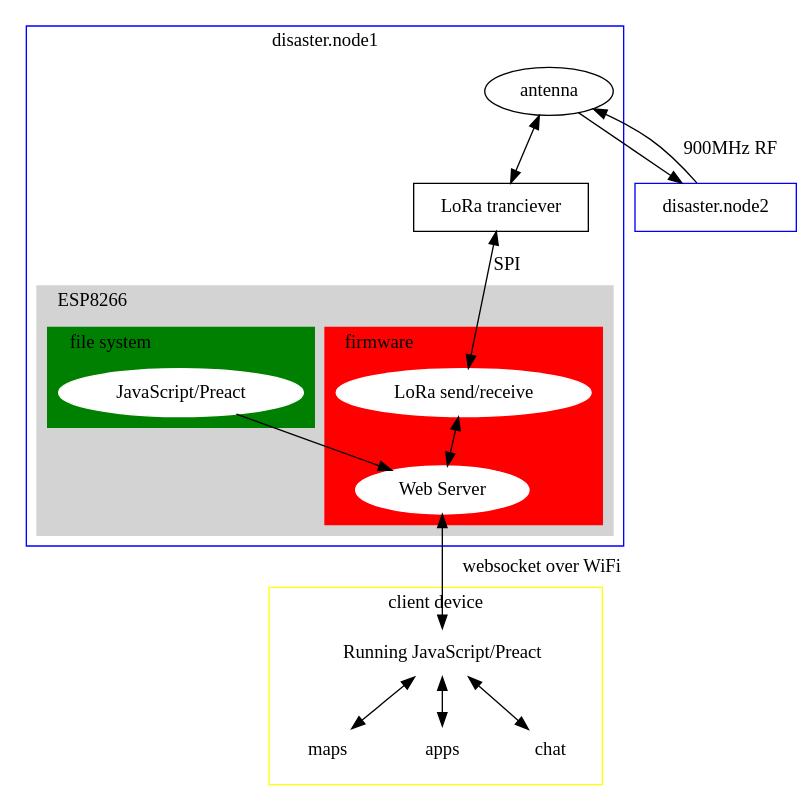
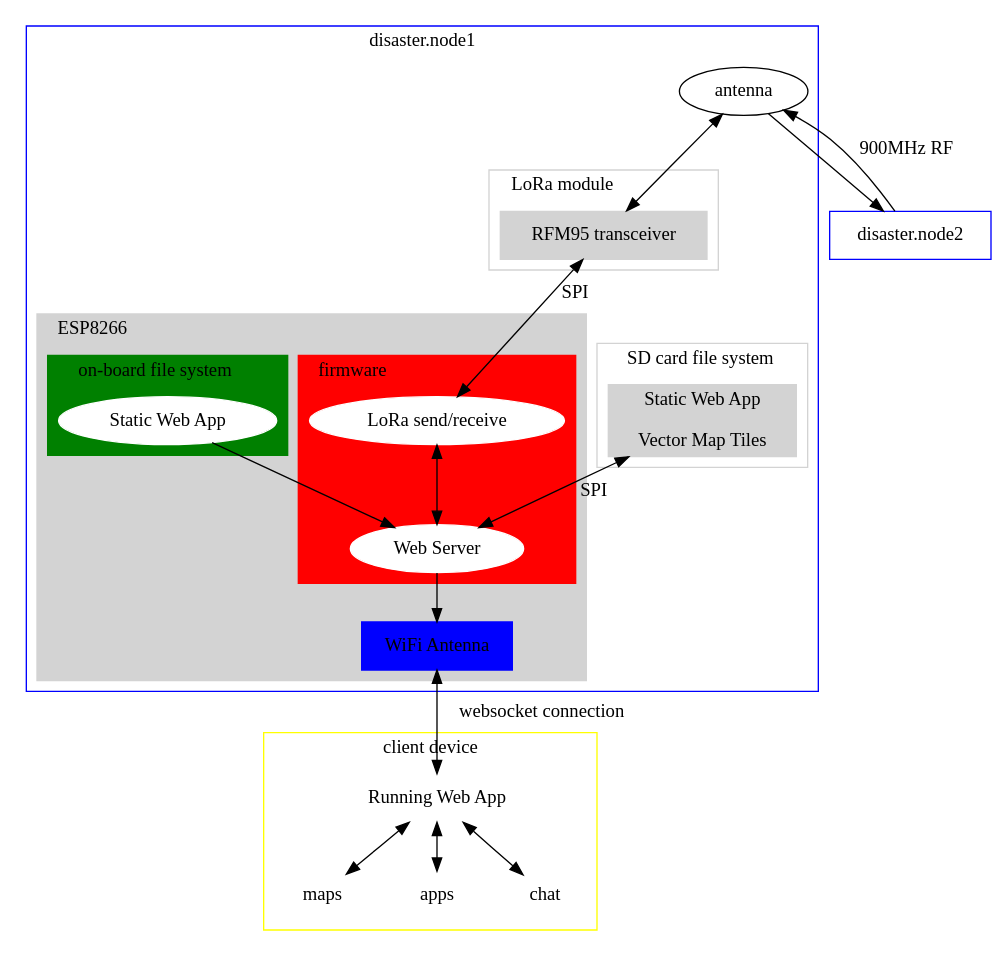
One commit to sudomesh/disaster-radio changed the diagram in diagram.dot. Above: the diagram before and after it, drawn with Graphviz. The commit also changed 4 other files, not shown here.

```diff
--- a/diagram.dot
+++ b/diagram.dot
@@ -1,53 +1,72 @@
 digraph G {
     antenna [shape=ellipse];
-    LoRa [label = "LoRa tranciever", shape=box];
 
     subgraph cluster0 {
         node [style=filled,color=white];
         color=blue;
+
+        subgraph cluster6 {
+            node [style=filled, shape=box, style=filled, color=lightgrey];
+            LoRa [label = "RFM95 transceiver"];
+            labeljust = l;
+            color=lightgrey;
+            label = "LoRa module";
+        }
+
         antenna -> LoRa [dir=both]
         LoRa -> LoRaSR [dir=both,label = "SPI"];
+
+        subgraph cluster2 {
+            node [style=filled, shape=box, style=filled, color=lightgrey];
+            SDfiles [label = "Static Web App\n\n Vector Map Tiles"];
+            labeljust = l;
+            color=lightgrey;
+            label = "SD card file system";
+        }
 
         subgraph cluster1 {
             node [style=filled,color=white];
             style=filled;
             color=lightgrey;
-            subgraph cluster2 {
+            subgraph cluster3 {
                 node [style=filled,color=white];
                 color=red;
                 LoRaSR [label = "LoRa send/receive"];
                 WebServer [label = "Web Server"];
                 LoRaSR -> WebServer [dir=both];
                 labeljust = l;
                 label = "firmware";
             }
             FS -> WebServer;
-            subgraph cluster3 {
+            subgraph cluster4 {
                 node [style=filled,color=white];
                 color=green;
-                FS [label = "JavaScript/Preact"];
+                FS [label = "Static Web App"];
                 labeljust = l;
-                label = "file system"
+                label = "on-board file system"
             }
+            WiFiAntenna [label="WiFi Antenna",shape=box,style=filled,color=blue];
             labeljust = l;
             label = "ESP8266";
         }
+        SDfiles -> WebServer [dir=both,label = "SPI"]; 
+        WebServer -> WiFiAntenna;
         label = "disaster.node1";
     }
-    WebServer -> JS [dir=both, label="websocket over WiFi"];
-    subgraph cluster4 {
+    WiFiAntenna -> JS [dir=both, label="websocket connection"];
+    subgraph cluster5 {
         node [style=filled,color=white];
         color=yellow;
-        JS [shape=none,label = "Running JavaScript/Preact"]
+        JS [shape=none,label = "Running Web App"]
         JS -> maps [dir=both];
         JS -> apps [dir=both];
         JS -> chat [dir=both];
         label = "client device"
     }
 
     disasternode2 [label = "disaster.node2", shape = "box", color = blue]
 
     antenna -> disasternode2 
     disasternode2 -> antenna [label = "900MHz RF"];
 
 }
```
